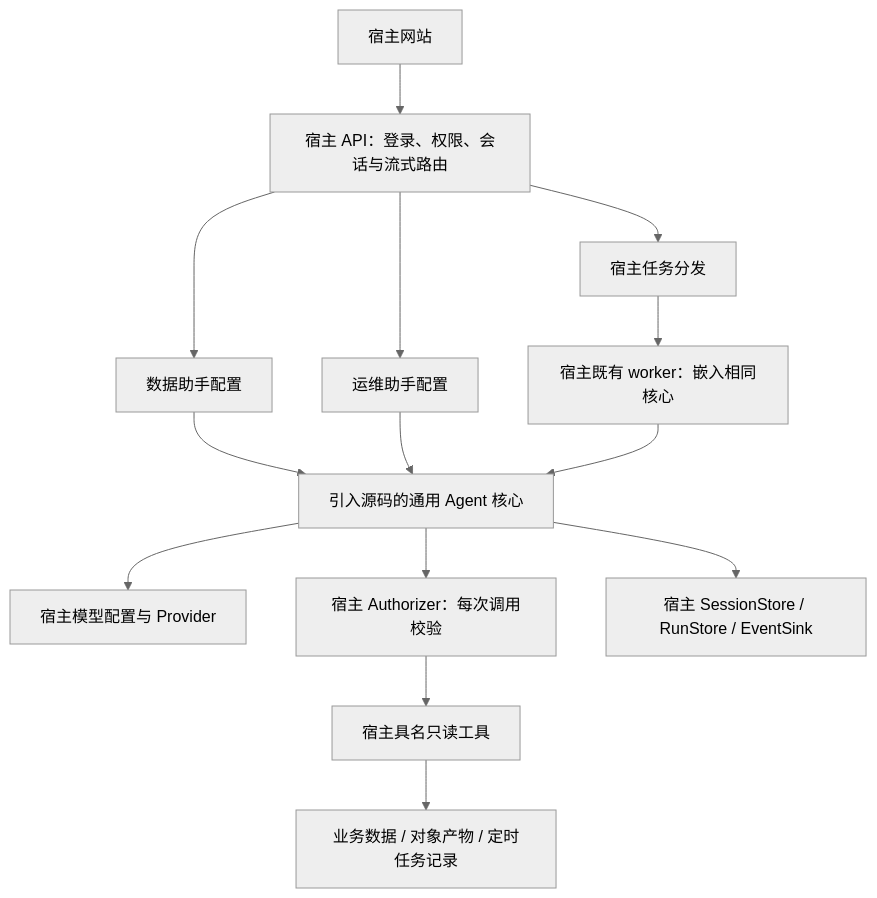
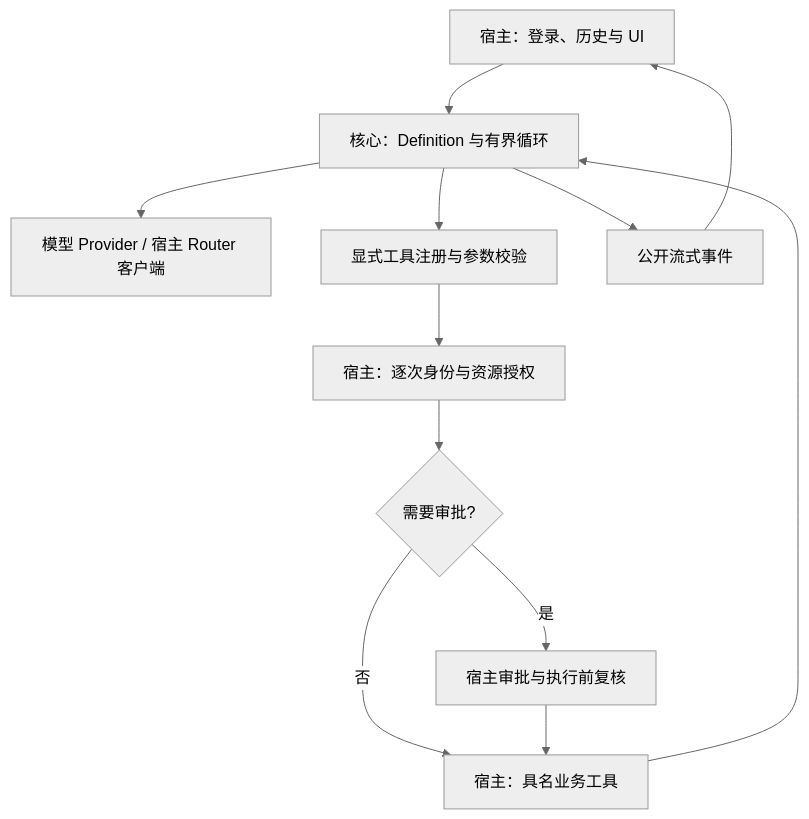
One commit to hwj123hwj/easyagent-server-core changed the diagram in docs/RFC-001-SERVER-RUNTIME.md. Above: the diagram before and after it, drawn with Mermaid (neutral theme). The commit also changed other lines of this file and 4 other files, not shown here.

````diff
--- a/docs/RFC-001-SERVER-RUNTIME.md
+++ b/docs/RFC-001-SERVER-RUNTIME.md
@@ -20,16 +19,14 @@
 ```mermaid
 flowchart TD
-  UI[宿主网站] --> API[宿主 API：登录、权限、会话与流式路由]
-  API --> Business[数据助手配置]
-  API --> Ops[运维助手配置]
-  Business --> Core[引入源码的通用 Agent 核心]
-  Ops --> Core
-  Core --> Model[宿主模型配置与 Provider]
-  Core --> Policy[宿主 Authorizer：每次调用校验]
-  Policy --> Tools[宿主具名只读工具]
-  Tools --> Sources[业务数据 / 对象产物 / 定时任务记录]
-  Core --> Storage[宿主 SessionStore / RunStore / EventSink]
-  API --> Queue[宿主任务分发]
-  Queue --> Worker[宿主既有 worker：嵌入相同核心]
-  Worker --> Core
+  Host[宿主：登录、历史与 UI] --> Runner[核心：Definition 与有界循环]
+  Runner --> Provider[模型 Provider / 宿主 Router 客户端]
+  Runner --> Registry[显式工具注册与参数校验]
+  Registry --> Auth[宿主：逐次身份与资源授权]
+  Auth --> Decision{需要审批?}
+  Decision -->|否| Execute[宿主：具名业务工具]
+  Decision -->|是| Approval[宿主审批与执行前复核]
+  Approval --> Execute
+  Execute --> Runner
+  Runner --> Events[公开流式事件]
+  Events --> Host
 ```
````
